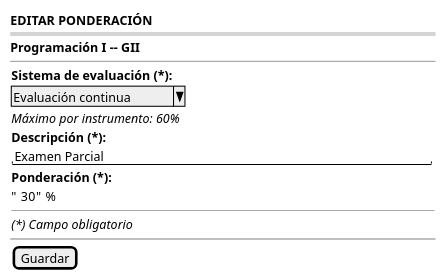
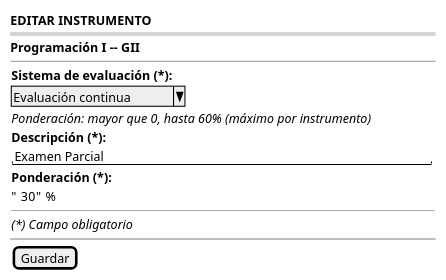
Before and after one commit to mmasias/pyCeldaPublico: the first of 2 diagrams in RUP/01-requisitos/03-detalle-casos-uso/editarPonderacionEvaluacion/wireframes.puml, drawn with PlantUML. The commit also changed other lines of this file and 393 other files, not shown here.

```diff
--- a/RUP/01-requisitos/03-detalle-casos-uso/editarPonderacionEvaluacion/wireframes.puml
+++ b/RUP/01-requisitos/03-detalle-casos-uso/editarPonderacionEvaluacion/wireframes.puml
@@ -1,21 +1,21 @@
 @startsalt editarPonderacionEvaluacion-wireframe-formulario
 {
-    <b>EDITAR PONDERACIÓN</b>
+    <b>EDITAR INSTRUMENTO</b>
     ====
     <b>Programación I -- GII</b>
     --
     {
         <b>Sistema de evaluación (*):</b>
         ^Evaluación continua^
-        <i>Máximo por instrumento: 60%</i>
+        <i>Ponderación: mayor que 0, hasta 60% (máximo por instrumento)</i>
         <b>Descripción (*):</b>
         "Examen Parcial                                    "
         <b>Ponderación (*):</b>
         "  30" %
         --
         <i>(*) Campo obligatorio</i>
     }
     ~~
     {[Guardar]}
 }
 @endsalt
```
